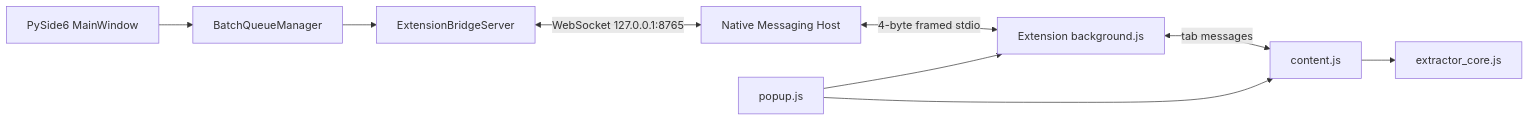
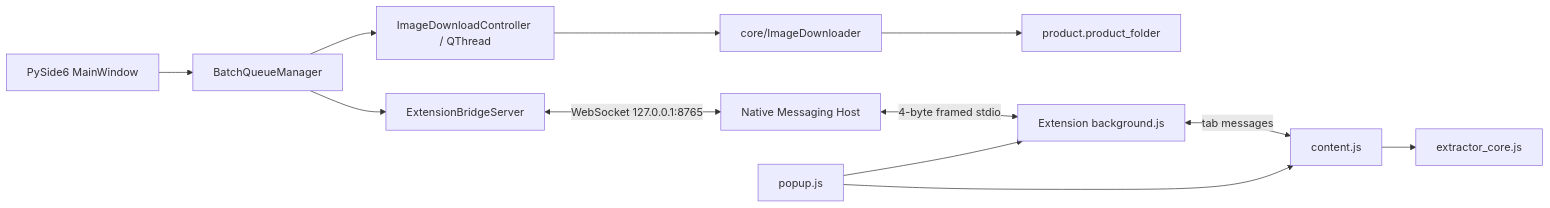
One commit to khonghung-dev/download-image-shopee changed the diagram in docs/ARCHITECTURE.md. Above: the diagram before and after it, drawn with Mermaid. The commit also changed other lines of this file and 13 other files, not shown here.

Commit message:
feat: download product gallery images

````diff
--- a/docs/ARCHITECTURE.md
+++ b/docs/ARCHITECTURE.md
@@ -7,11 +7,14 @@
 ```mermaid
 flowchart LR
     UI[PySide6 MainWindow] --> Queue[BatchQueueManager]
+    Queue --> DownloadWorker[ImageDownloadController / QThread]
+    DownloadWorker --> Downloader[core/ImageDownloader]
+    Downloader --> ProductFolder[product.product_folder]
     Queue --> Bridge[ExtensionBridgeServer]
     Bridge <-->|WebSocket 127.0.0.1:8765| Host[Native Messaging Host]
     Host <-->|4-byte framed stdio| Background[Extension background.js]
     Background <-->|tab messages| Content[content.js]
     Content --> Core[extractor_core.js]
     Popup[popup.js] --> Background
     Popup --> Content
 ```
````
